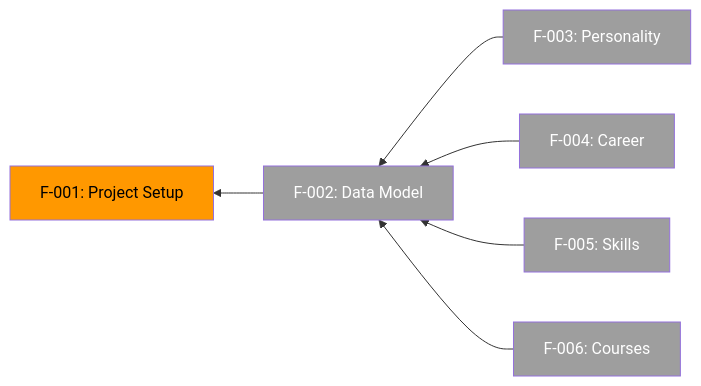
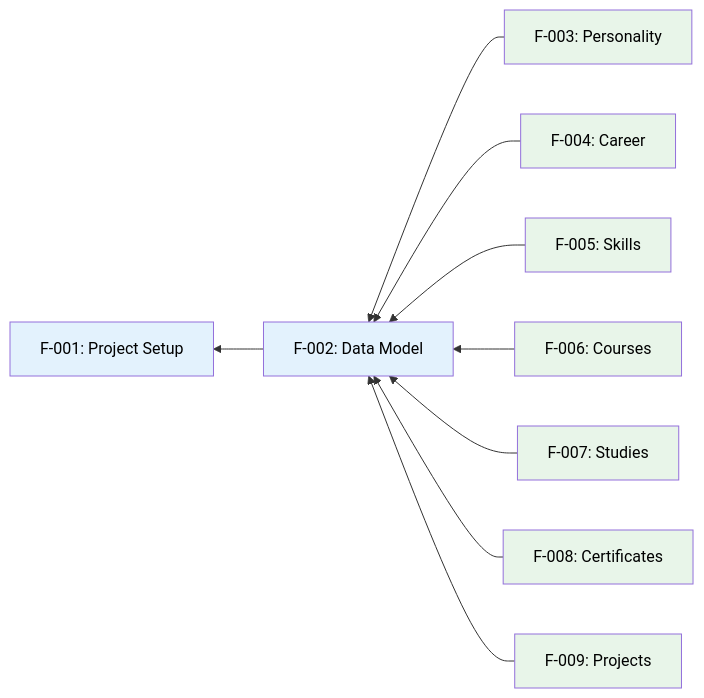
One commit to garcipat/cv-website changed the diagram in docs/Features.md. Above: the diagram before and after it, drawn with Mermaid. The commit also changed other lines of this file and 1 other file, not shown here.

Commit message:
Adapt add-feature-idea skill for CV website domain, add category classDefs to diagram

````diff
--- a/docs/Features.md
+++ b/docs/Features.md
@@ -53,22 +59,32 @@
 ```mermaid
 graph RL
     F001["F-001: Project Setup"]
     F002["F-002: Data Model"]
     F003["F-003: Personality"]
     F004["F-004: Career"]
     F005["F-005: Skills"]
     F006["F-006: Courses"]
+    F007["F-007: Studies"]
+    F008["F-008: Certificates"]
+    F009["F-009: Projects"]
 
     F003 --> F002
     F004 --> F002
     F005 --> F002
     F006 --> F002
+    F007 --> F002
+    F008 --> F002
+    F009 --> F002
     F002 --> F001
 
     classDef done fill:#4caf50,color:#ffffff
     classDef inProgress fill:#ff9800,color:#000000
     classDef planned fill:#9e9e9e,color:#ffffff
+    classDef projectSetup fill:#e3f2fd,color:#000000
+    classDef cvSections fill:#e8f5e9,color:#000000
 
     class F001 inProgress
-    class F002,F003,F004,F005,F006 planned
+    class F002,F003,F004,F005,F006,F007,F008,F009 planned
+    class F001,F002 projectSetup
+    class F003,F004,F005,F006,F007,F008,F009 cvSections
 ```
````
